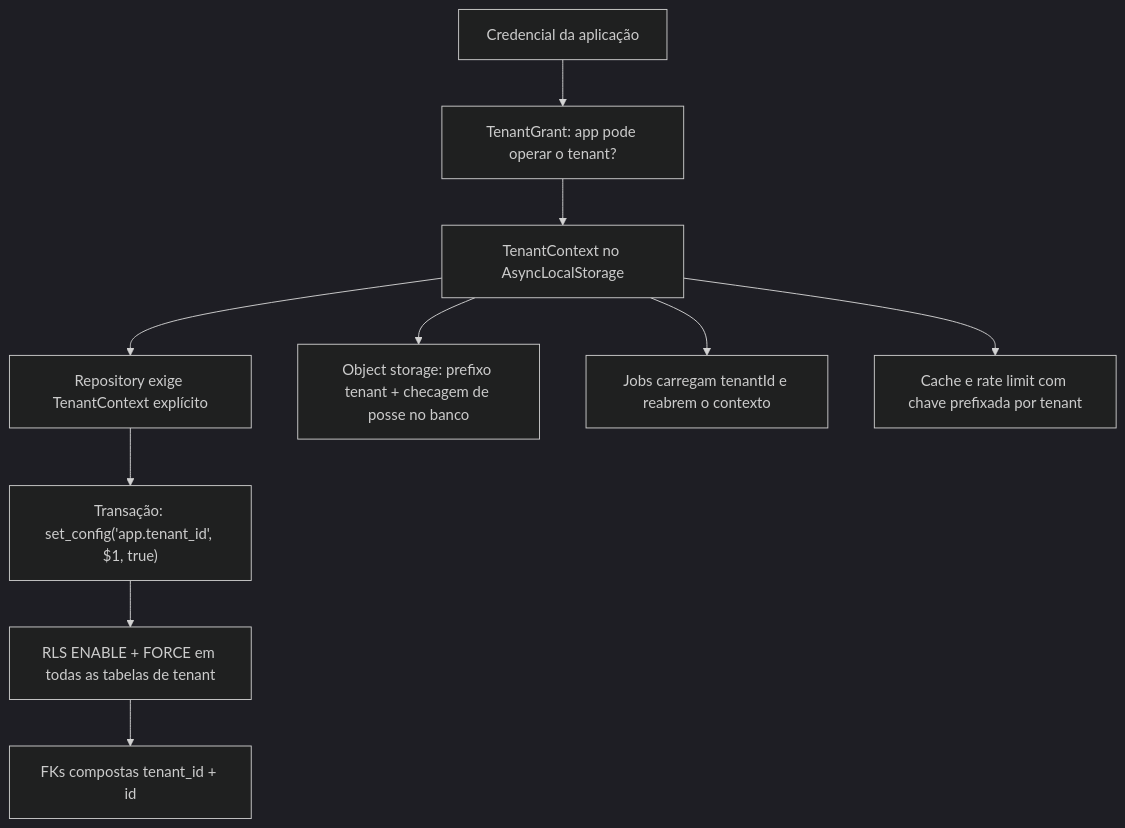
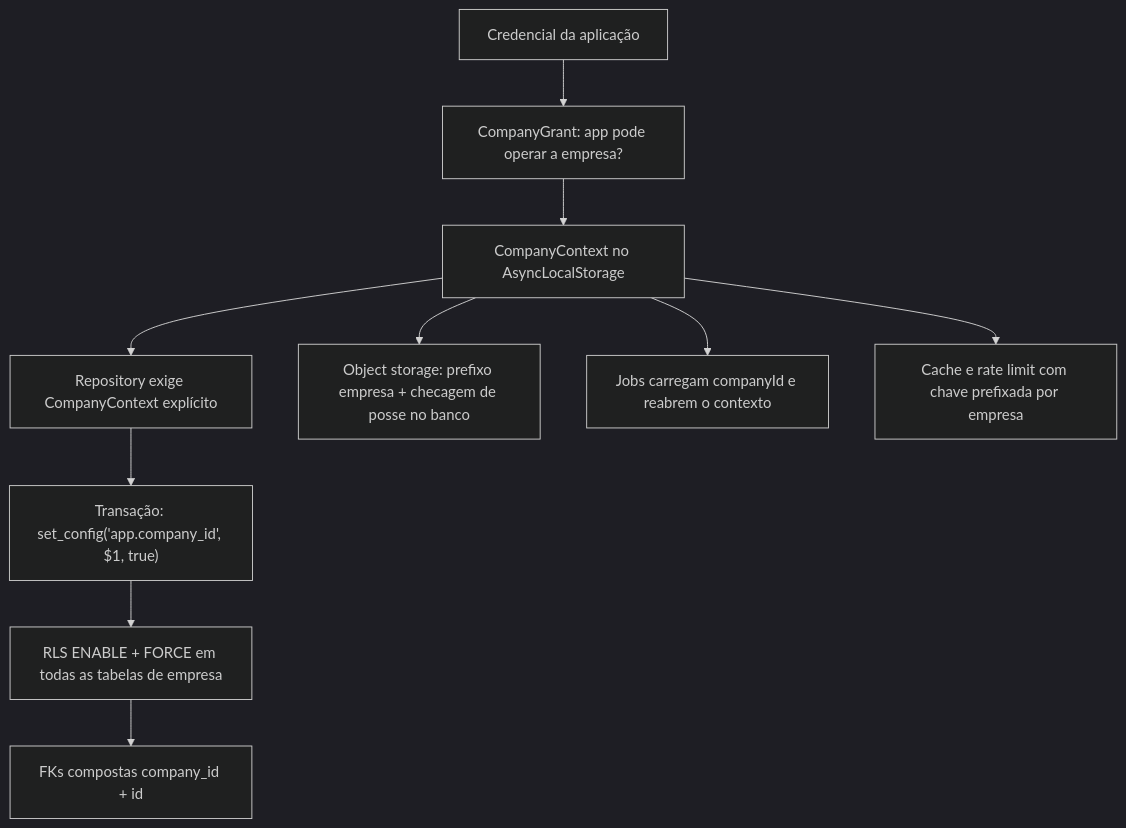
Before and after one commit to Act962/orbita-nfe: the diagram in docs/architecture/14-integridade-isolamento.md, drawn with Mermaid (dark theme). The commit also changed other lines of this file and 105 other files, not shown here.

````diff
--- a/docs/architecture/14-integridade-isolamento.md
+++ b/docs/architecture/14-integridade-isolamento.md
@@ -51,12 +51,12 @@
 ```mermaid
 flowchart TB
-  A[Credencial da aplicação] --> B[TenantGrant: app pode operar o tenant?]
-  B --> C[TenantContext no AsyncLocalStorage]
-  C --> D[Repository exige TenantContext explícito]
-  D --> E["Transação: set_config('app.tenant_id', $1, true)"]
-  E --> F[RLS ENABLE + FORCE em todas as tabelas de tenant]
-  F --> G[FKs compostas tenant_id + id]
-  C --> H[Object storage: prefixo tenant + checagem de posse no banco]
-  C --> I[Jobs carregam tenantId e reabrem o contexto]
-  C --> J[Cache e rate limit com chave prefixada por tenant]
+  A[Credencial da aplicação] --> B[CompanyGrant: app pode operar a empresa?]
+  B --> C[CompanyContext no AsyncLocalStorage]
+  C --> D[Repository exige CompanyContext explícito]
+  D --> E["Transação: set_config('app.company_id', $1, true)"]
+  E --> F[RLS ENABLE + FORCE em todas as tabelas de empresa]
+  F --> G[FKs compostas company_id + id]
+  C --> H[Object storage: prefixo empresa + checagem de posse no banco]
+  C --> I[Jobs carregam companyId e reabrem o contexto]
+  C --> J[Cache e rate limit com chave prefixada por empresa]
 ```
````
